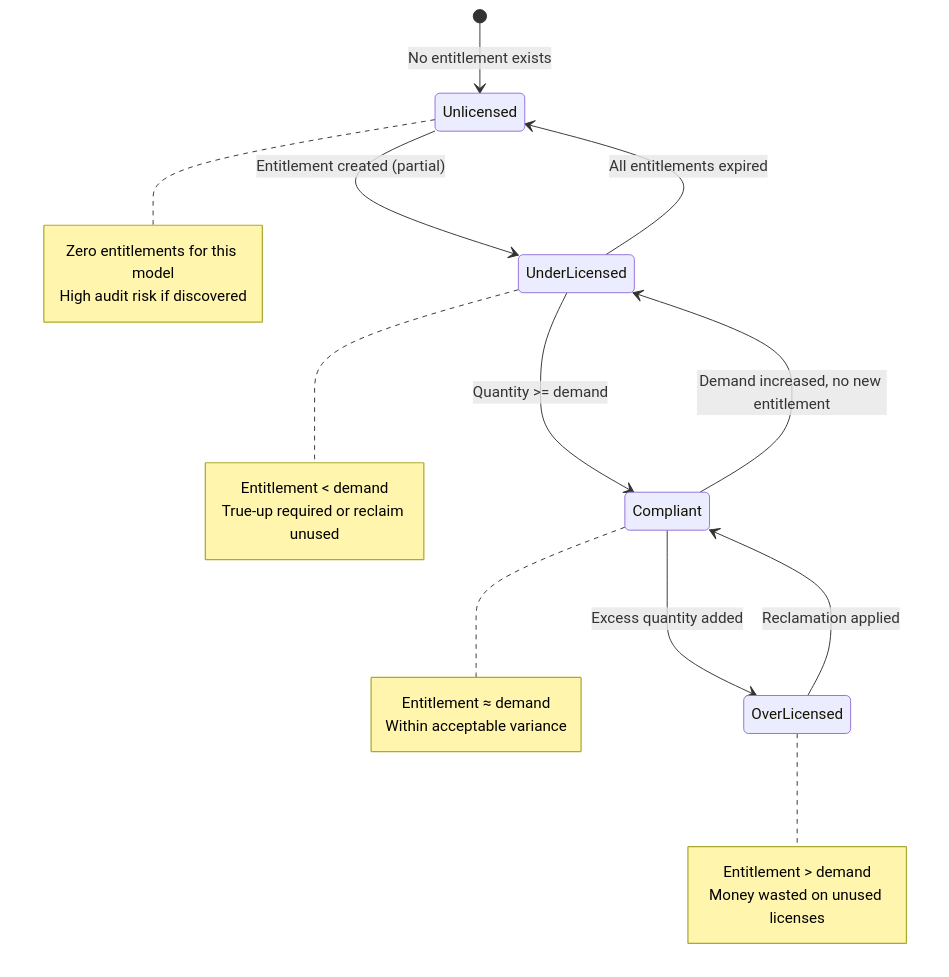
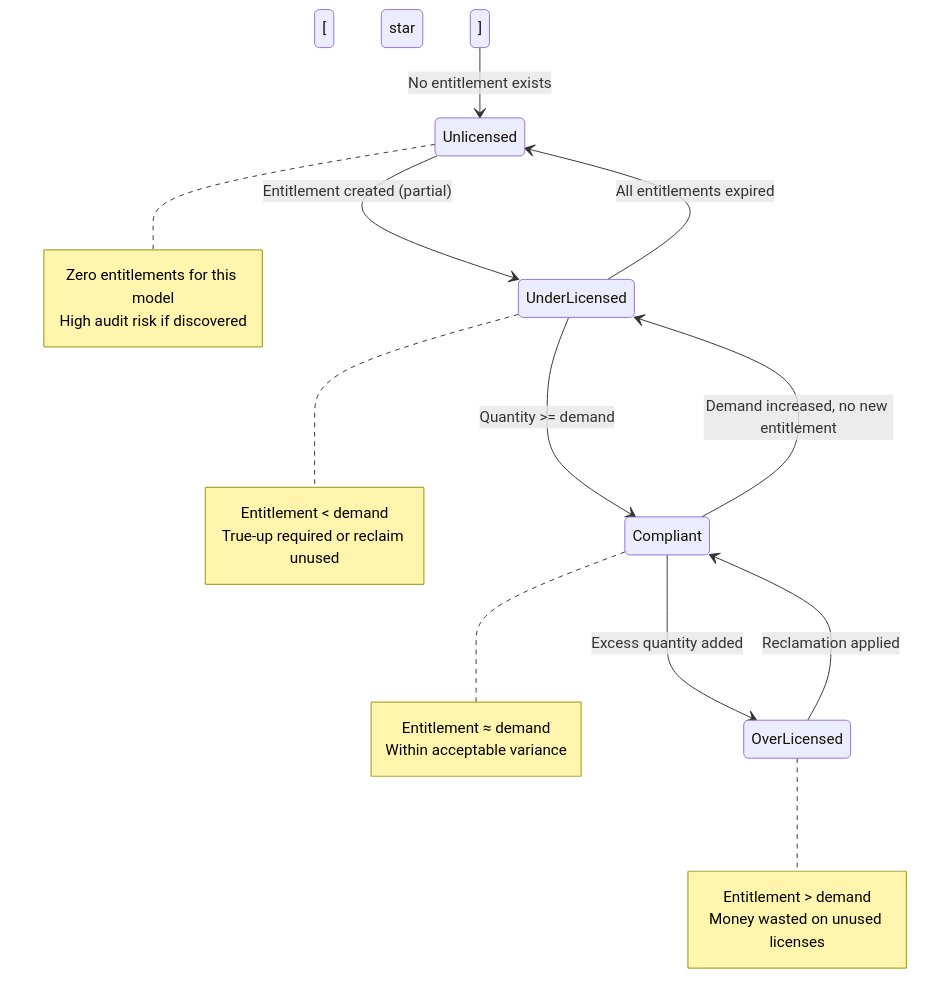
The sixth of 8 diagrams in docs/modules/sam/sam-guide.md (eltonaguiar/ServiceNow_Learning_TSOM-_CSM_FSM_SalesCRM_HAM_ITSM), drawn with Mermaid before and after one commit. The commit also changed other lines of this file and 19 other files, not shown here.

Commit message:
Fix all Mermaid diagram special characters - replace dollar, parens, slashes, quotes, pipes, nested brackets and other unsafe chars inside brackets with safe alternatives across 19 files

````diff
--- a/docs/modules/sam/sam-guide.md
+++ b/docs/modules/sam/sam-guide.md
@@ -1025,30 +1025,30 @@
 ```mermaid
 stateDiagram-v2
-    [*] --> Unlicensed: No entitlement exists
+    [ star ] --> Unlicensed: No entitlement exists
     Unlicensed --> UnderLicensed: Entitlement created (partial)
     UnderLicensed --> Compliant: Quantity >= demand
     Compliant --> OverLicensed: Excess quantity added
     OverLicensed --> Compliant: Reclamation applied
     Compliant --> UnderLicensed: Demand increased, no new entitlement
     UnderLicensed --> Unlicensed: All entitlements expired
     
     note right of Unlicensed
         Zero entitlements for this model
         High audit risk if discovered
     end note
     
     note right of UnderLicensed
         Entitlement < demand
         True-up required or reclaim unused
     end note
     
     note right of Compliant
         Entitlement ≈ demand
         Within acceptable variance
     end note
     
     note right of OverLicensed
         Entitlement > demand
         Money wasted on unused licenses
     end note
 ```
````
